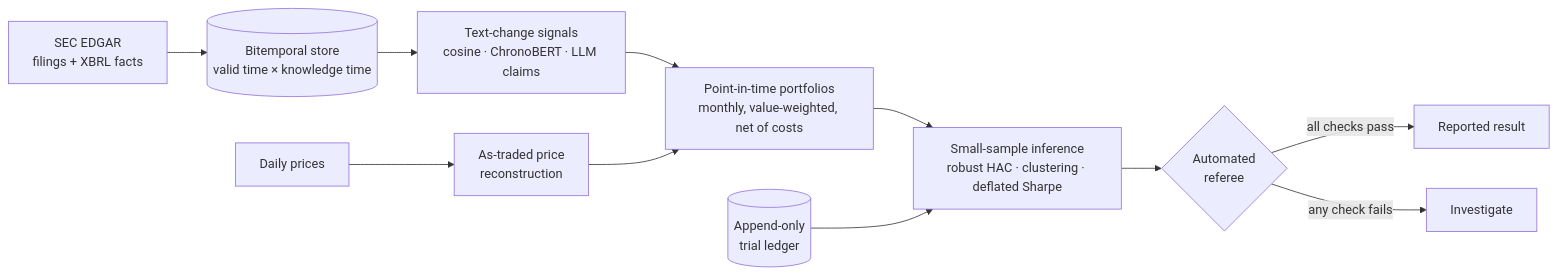
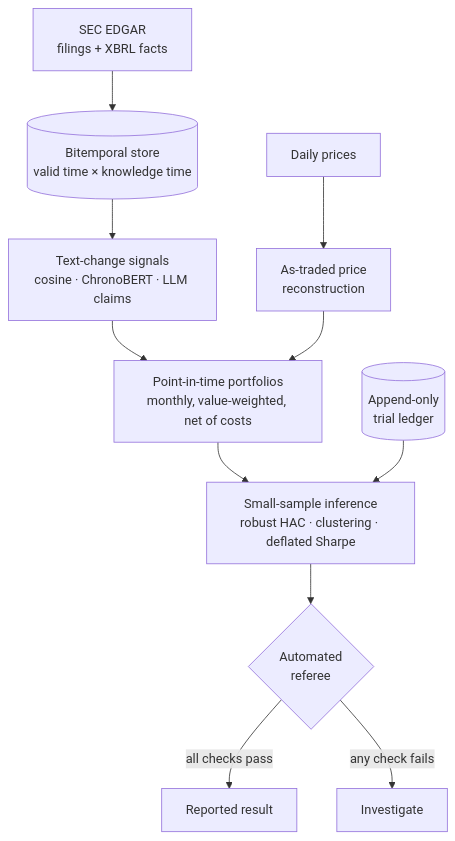
Before and after one commit to nicholas-yi/chronoledger: the diagram in README.md, drawn with Mermaid.

Commit message:
Render the README pipeline diagram top-down for legibility

````diff
--- a/README.md
+++ b/README.md
@@ -51,13 +51,13 @@
 ```mermaid
-flowchart LR
+flowchart TD
     A["SEC EDGAR<br/>filings + XBRL facts"] --> B[("Bitemporal store<br/>valid time × knowledge time")]
     P["Daily prices"] --> Q["As-traded price<br/>reconstruction"]
     B --> C["Text-change signals<br/>cosine · ChronoBERT · LLM claims"]
     C --> D["Point-in-time portfolios<br/>monthly, value-weighted, net of costs"]
     Q --> D
     D --> E["Small-sample inference<br/>robust HAC · clustering · deflated Sharpe"]
     L[("Append-only<br/>trial ledger")] --> E
     E --> R{"Automated<br/>referee"}
     R -->|all checks pass| OUT["Reported result"]
     R -->|any check fails| BUG["Investigate"]
 ```
````
